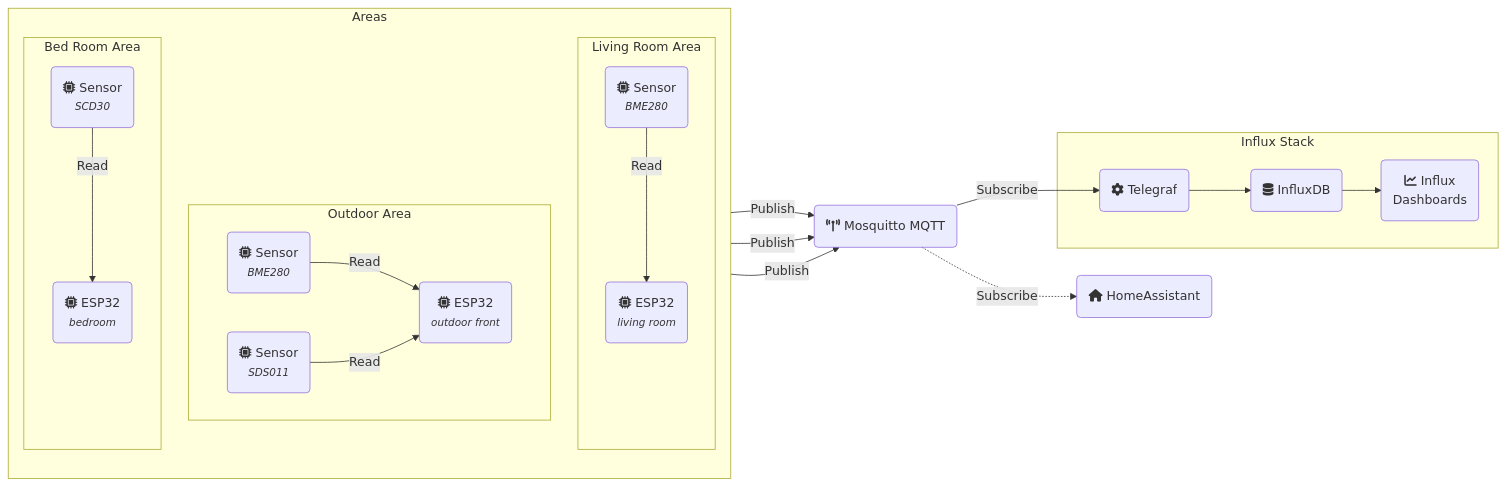
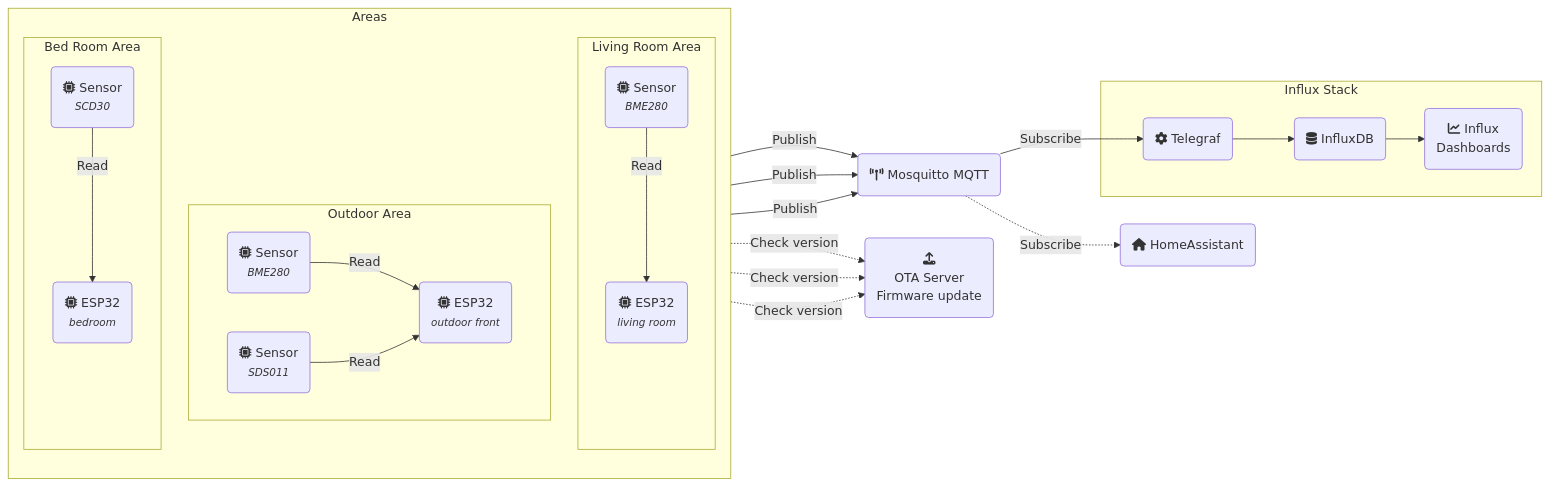
Before and after one commit to etiennetremel/esp32-home-sensor: the diagram in README.md, drawn with Mermaid. The commit also changed other lines of this file and 12 other files, not shown here.

Commit message:
feat: add over-the-air firmware udpate (OTA)

````diff
--- a/README.md
+++ b/README.md
@@ -12,43 +14,47 @@
 ```mermaid
 flowchart LR
     OutdoorSds011(fa:fa-microchip Sensor<br><small><i>SDS011</i></small>)
     OutdoorBme280(fa:fa-microchip Sensor<br><small><i>BME280</i></small>)
     Outdoor(fa:fa-microchip ESP32<br /><small><i>outdoor front</i></small>)
     LivingRoomBme280(fa:fa-microchip Sensor<br><small><i>BME280</i></small>)
     LivingRoom(fa:fa-microchip ESP32<br /><small><i>living room</i></small>)
     BedRoomScd30(fa:fa-microchip Sensor<br><small><i>SCD30</i></small>)
     BedRoom(fa:fa-microchip ESP32<br /><small><i>bedroom</i></small>)
     MQTT(fa:fa-tower-broadcast Mosquitto MQTT)
     Telegraf(fa:fa-gear Telegraf)
     InfluxDB(fa:fa-database InfluxDB)
     InfluxDashboards(fa:fa-chart-line Influx<br>Dashboards)
     HomeAssistant(fa:fa-house HomeAssistant)
+    OtaServer(fa:fa-upload<br>OTA Server<br>Firmware update)
 
     subgraph Areas
     direction TB
     subgraph Outdoor Area
     direction LR
     OutdoorBme280--Read-->Outdoor
     OutdoorSds011--Read-->Outdoor
     end
 
     subgraph Living Room Area
     LivingRoomBme280--Read-->LivingRoom
     end
 
     subgraph Bed Room Area
     BedRoomScd30--Read-->BedRoom
     end
     end
 
     subgraph Influx Stack
     Telegraf-->InfluxDB
     InfluxDB-->InfluxDashboards
     end
 
+    Outdoor-.Check version.->OtaServer
     Outdoor--Publish-->MQTT
     LivingRoom--Publish-->MQTT
+    LivingRoom-.Check version.->OtaServer
     BedRoom--Publish-->MQTT
+    BedRoom-.Check version.->OtaServer
     MQTT--Subscribe-->Telegraf
     MQTT-.Subscribe.->HomeAssistant
 ```
````
